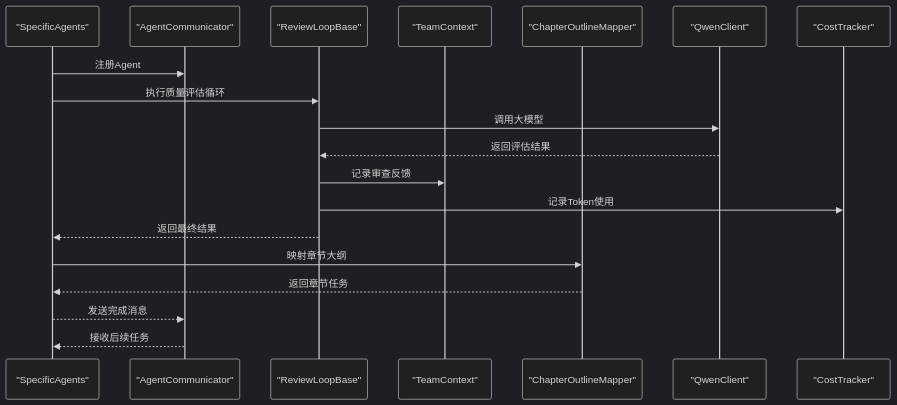
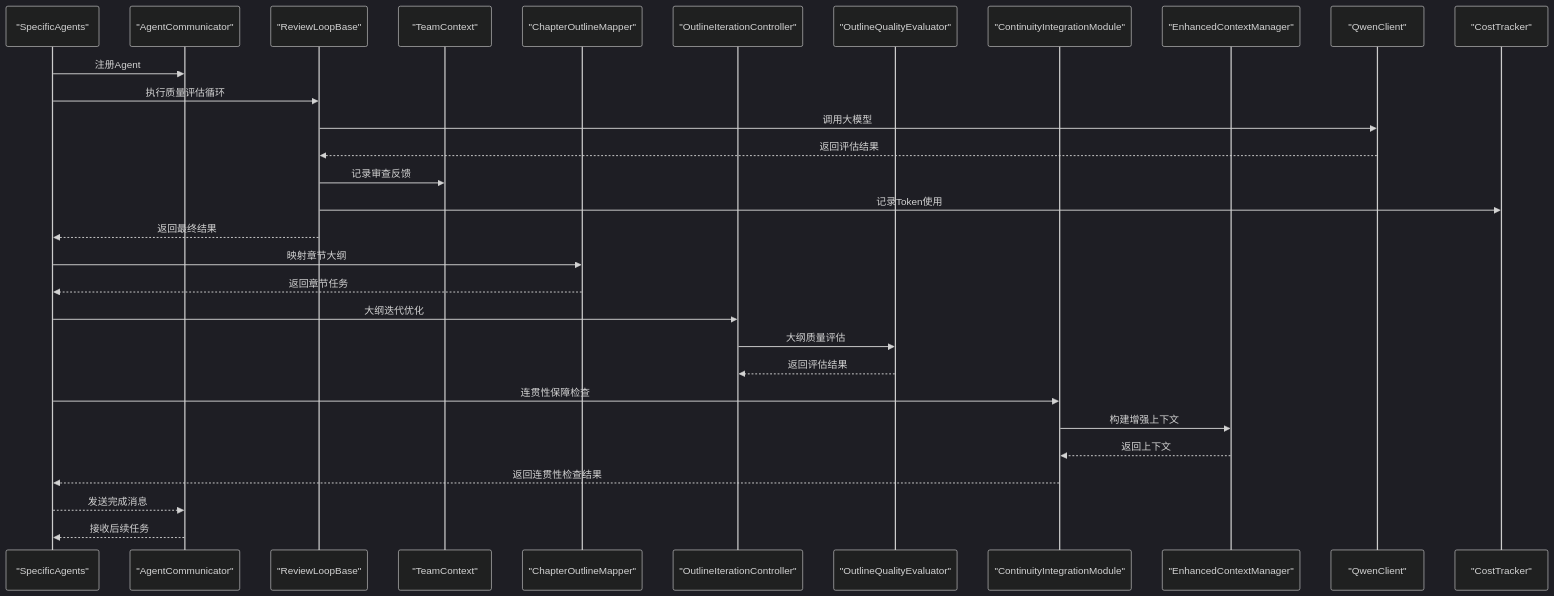
Before and after one commit to xfbyxq/ai-novel-system: the second of 16 diagrams in .qoder/repowiki/zh/content/AI智能体系统/AI智能体系统.md, drawn with Mermaid (dark theme). The commit also changed other lines of this file and 17 other files, not shown here.

````diff
--- a/.qoder/repowiki/zh/content/AI智能体系统/AI智能体系统.md
+++ b/.qoder/repowiki/zh/content/AI智能体系统/AI智能体系统.md
@@ -173,21 +221,32 @@
 ```mermaid
 sequenceDiagram
 participant Agent as "SpecificAgents"
 participant Comm as "AgentCommunicator"
 participant RL as "ReviewLoopBase"
 participant TC as "TeamContext"
 participant COM as "ChapterOutlineMapper"
+participant OIC as "OutlineIterationController"
+participant OQE as "OutlineQualityEvaluator"
+participant CIM as "ContinuityIntegrationModule"
+participant ECM as "EnhancedContextManager"
 participant Qwen as "QwenClient"
 participant Tracker as "CostTracker"
 Agent->>Comm : 注册Agent
 Agent->>RL : 执行质量评估循环
 RL->>Qwen : 调用大模型
 Qwen-->>RL : 返回评估结果
 RL->>TC : 记录审查反馈
 RL->>Tracker : 记录Token使用
 RL-->>Agent : 返回最终结果
 Agent->>COM : 映射章节大纲
 COM-->>Agent : 返回章节任务
+Agent->>OIC : 大纲迭代优化
+OIC->>OQE : 大纲质量评估
+OQE-->>OIC : 返回评估结果
+Agent->>CIM : 连贯性保障检查
+CIM->>ECM : 构建增强上下文
+ECM-->>CIM : 返回上下文
+CIM-->>Agent : 返回连贯性检查结果
 Agent-->>Comm : 发送完成消息
 Comm-->>Agent : 接收后续任务
 ```
````
